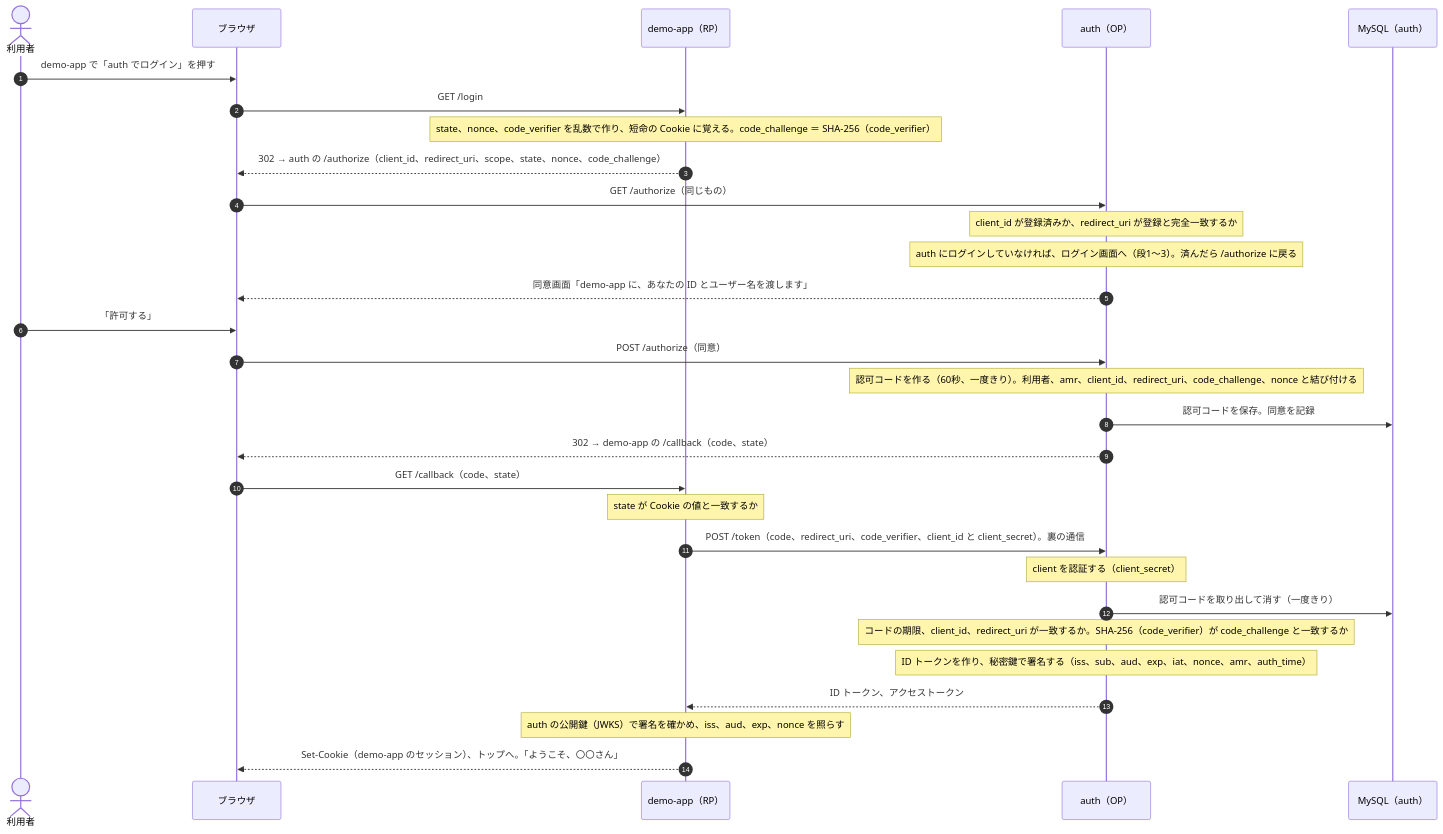
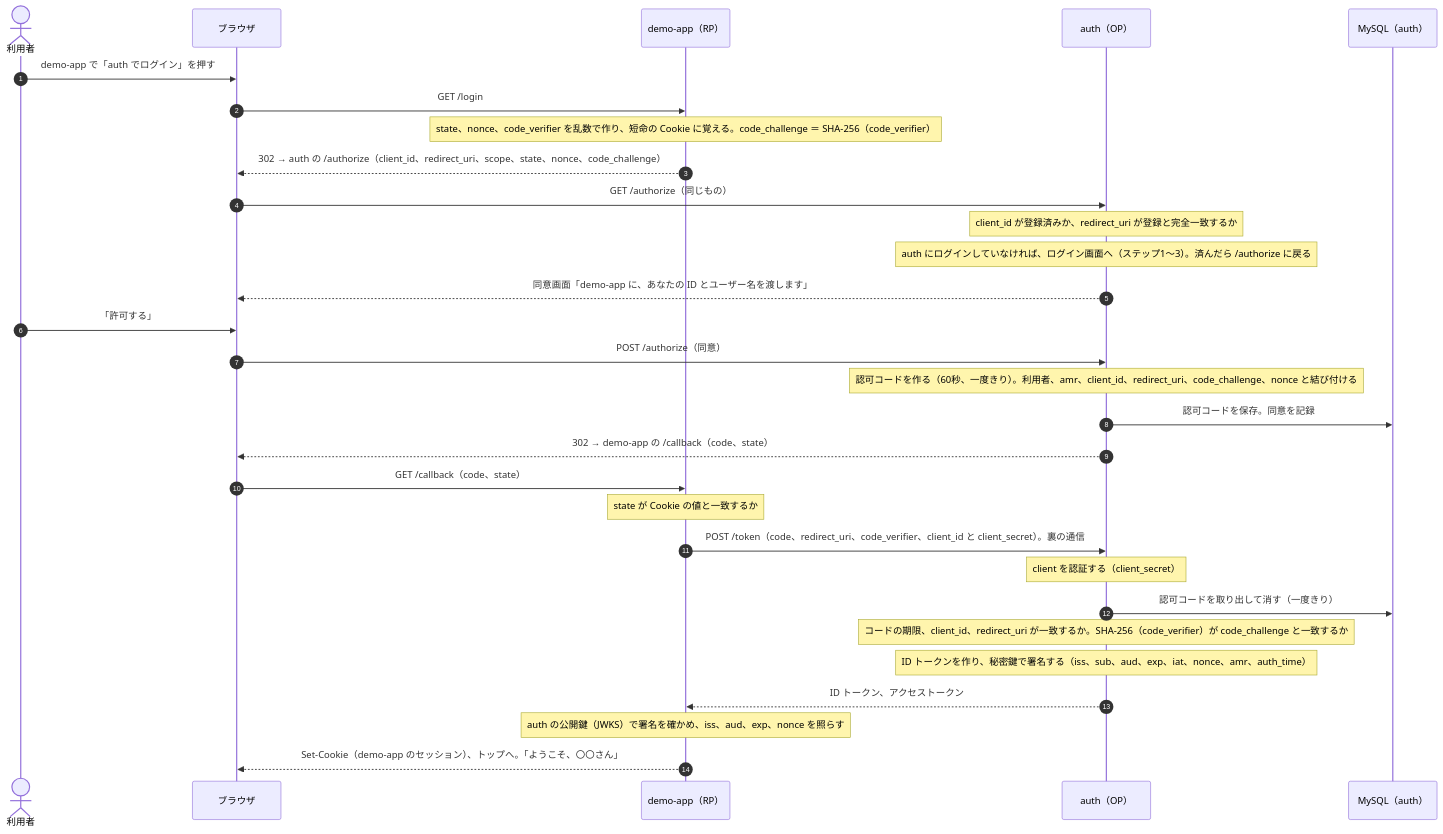
Before and after one commit to alphajinsei/auth: the first of 4 diagrams in docs/steps/4-oidc.md, drawn with Mermaid. The commit also changed other lines of this file and 26 other files, not shown here.

````diff
--- a/docs/steps/4-oidc.md
+++ b/docs/steps/4-oidc.md
@@ -122,33 +122,33 @@
 ```mermaid
 sequenceDiagram
   autonumber
   actor U as 利用者
   participant B as ブラウザ
   participant R as demo-app（RP）
   participant A as auth（OP）
   participant DB as MySQL（auth）
 
   U->>B: demo-app で「auth でログイン」を押す
   B->>R: GET /login
   Note over R: state、nonce、code_verifier を乱数で作り、短命の Cookie に覚える。code_challenge ＝ SHA-256（code_verifier）
   R-->>B: 302 → auth の /authorize（client_id、redirect_uri、scope、state、nonce、code_challenge）
   B->>A: GET /authorize（同じもの）
   Note over A: client_id が登録済みか、redirect_uri が登録と完全一致するか
-  Note over A: auth にログインしていなければ、ログイン画面へ（段1〜3）。済んだら /authorize に戻る
+  Note over A: auth にログインしていなければ、ログイン画面へ（ステップ1〜3）。済んだら /authorize に戻る
   A-->>B: 同意画面「demo-app に、あなたの ID とユーザー名を渡します」
   U->>B: 「許可する」
   B->>A: POST /authorize（同意）
   Note over A: 認可コードを作る（60秒、一度きり）。利用者、amr、client_id、redirect_uri、code_challenge、nonce と結び付ける
   A->>DB: 認可コードを保存。同意を記録
   A-->>B: 302 → demo-app の /callback（code、state）
   B->>R: GET /callback（code、state）
   Note over R: state が Cookie の値と一致するか
   R->>A: POST /token（code、redirect_uri、code_verifier、client_id と client_secret）。裏の通信
   Note over A: client を認証する（client_secret）
   A->>DB: 認可コードを取り出して消す（一度きり）
   Note over A: コードの期限、client_id、redirect_uri が一致するか。SHA-256（code_verifier）が code_challenge と一致するか
   Note over A: ID トークンを作り、秘密鍵で署名する（iss、sub、aud、exp、iat、nonce、amr、auth_time）
   A-->>R: ID トークン、アクセストークン
   Note over R: auth の公開鍵（JWKS）で署名を確かめ、iss、aud、exp、nonce を照らす
   R-->>B: Set-Cookie（demo-app のセッション）、トップへ。「ようこそ、〇〇さん」
 ```
````
